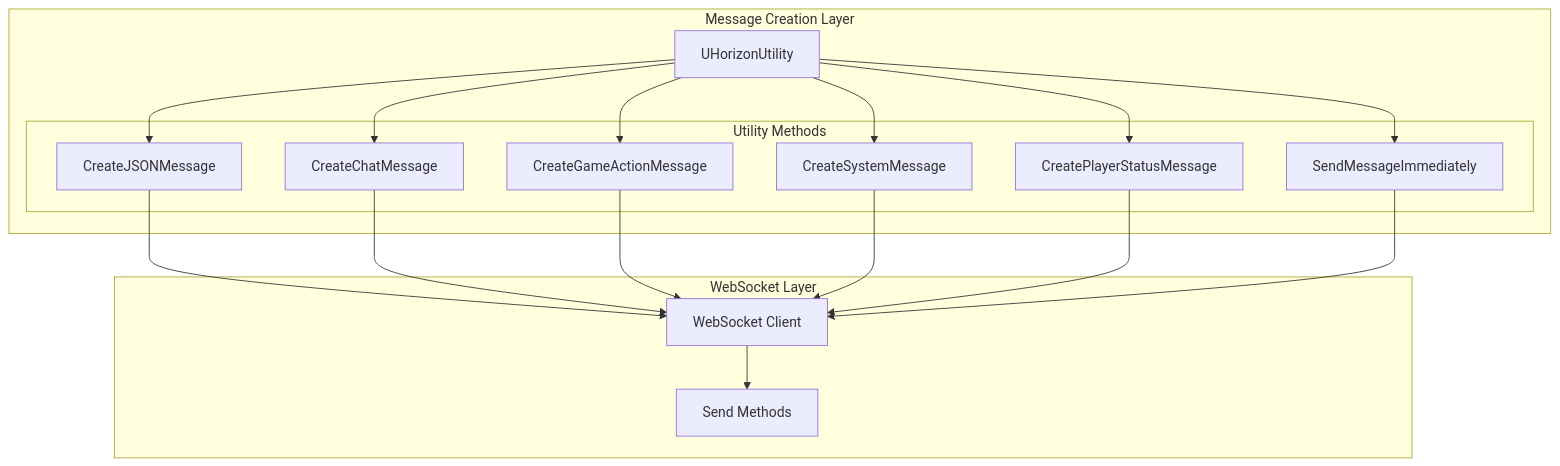
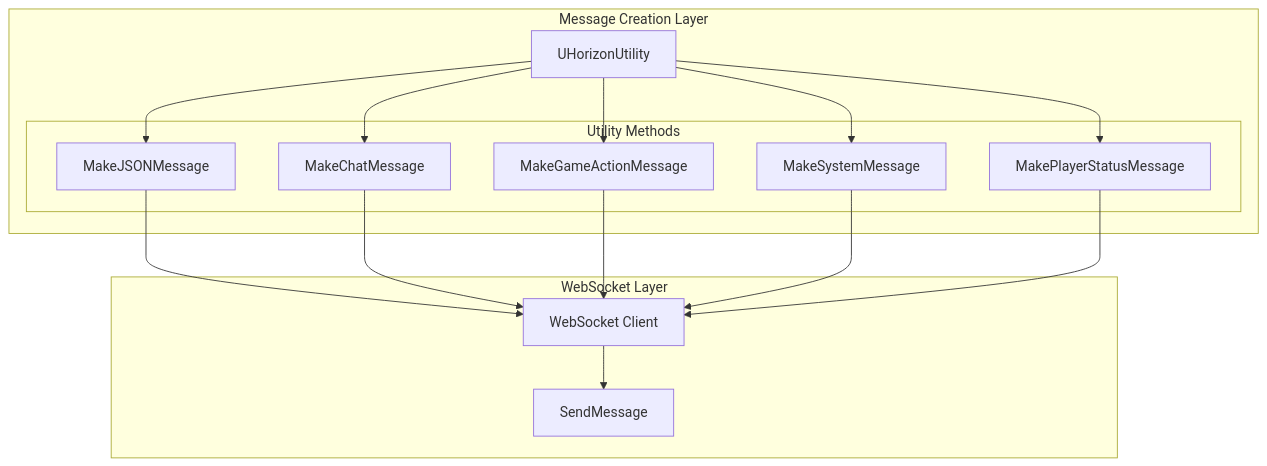
The third of 5 diagrams in README.md (Tuafo/Horizon-Plugin-UE5-test), drawn with Mermaid before and after one commit. The commit also changed other lines of this file, not shown here.

````diff
--- a/README.md
+++ b/README.md
@@ -132,35 +86,32 @@
 ```mermaid
 graph TD
     subgraph "Message Creation Layer"
         UH[UHorizonUtility]
         subgraph "Utility Methods"
-            TEXT[CreateJSONMessage]
-            CHAT[CreateChatMessage]
-            GAME[CreateGameActionMessage]
-            SYS[CreateSystemMessage]
-            STATUS[CreatePlayerStatusMessage]
-            IMMEDIATE[SendMessageImmediately]
+            JSON[MakeJSONMessage]
+            CHAT[MakeChatMessage]
+            GAME[MakeGameActionMessage]
+            SYS[MakeSystemMessage]
+            STATUS[MakePlayerStatusMessage]
         end
         
-        UH --> TEXT
+        UH --> JSON
         UH --> CHAT
         UH --> GAME
         UH --> SYS
         UH --> STATUS
-        UH --> IMMEDIATE
     end
     
     subgraph "WebSocket Layer"
         WC[WebSocket Client]
-        SEND[Send Methods]
+        SEND[SendMessage]
         
         WC --> SEND
     end
     
-    TEXT --> WC
+    JSON --> WC
     CHAT --> WC
     GAME --> WC
     SYS --> WC
     STATUS --> WC
-    IMMEDIATE --> WC
 ```
````
